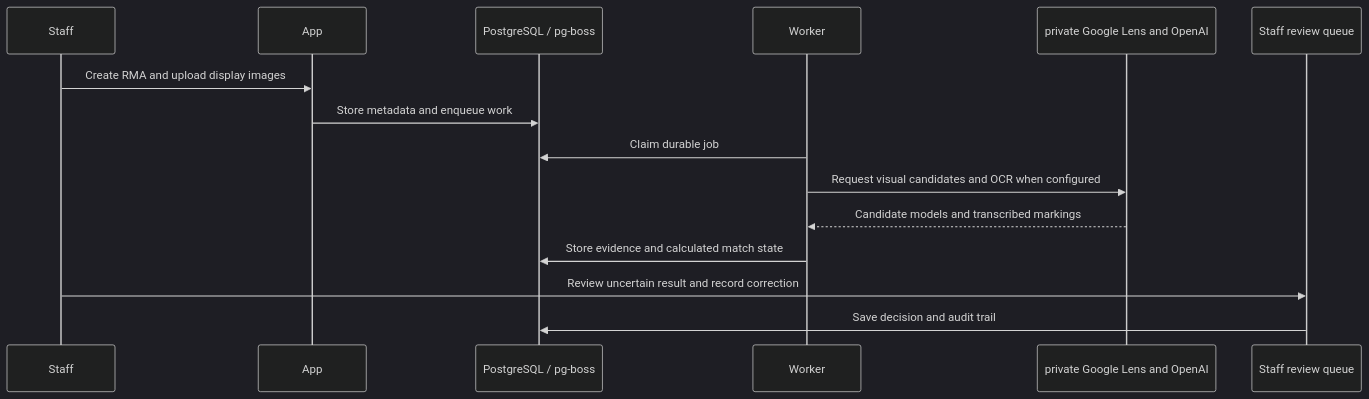
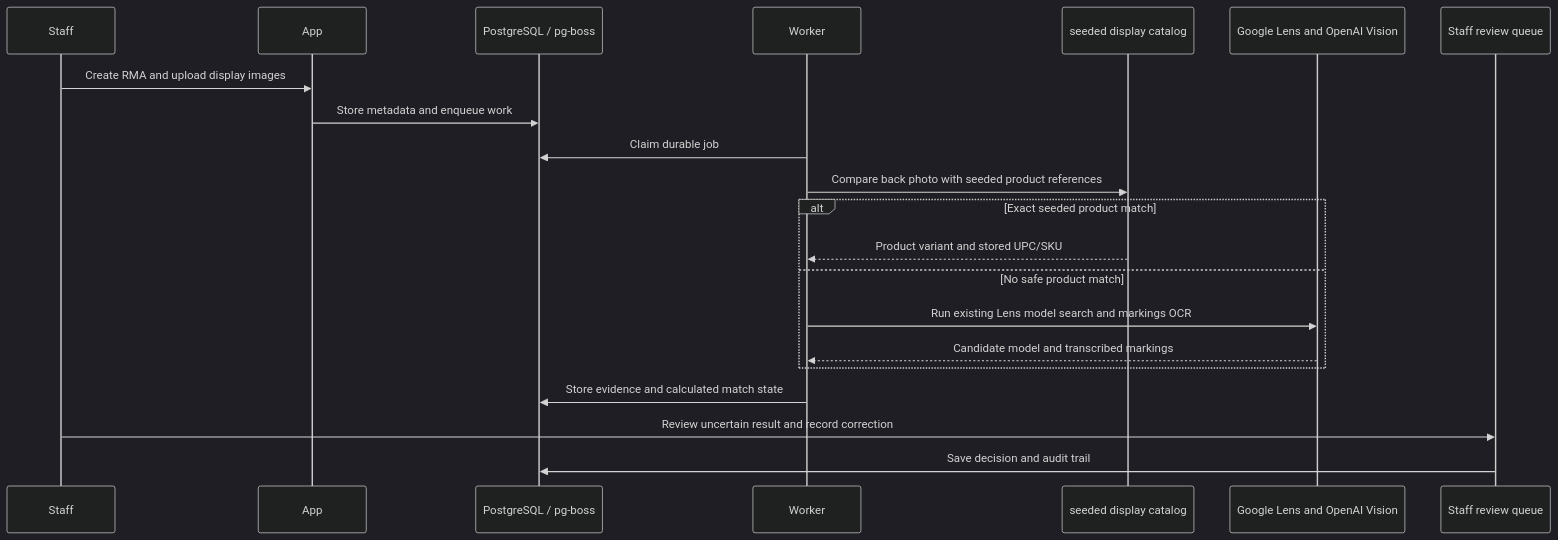
One commit to arslanbasharat-o-o/RMA-System changed the diagram in ARCHITECTURE.md. Above: the diagram before and after it, drawn with Mermaid (dark theme). The commit also changed other lines of this file and 26 other files, not shown here.

First line of the commit message:
integrate seeded display inventory catalog and bump to v0.4.9

````diff
--- a/ARCHITECTURE.md
+++ b/ARCHITECTURE.md
@@ -14,17 +14,23 @@
 ```mermaid
 sequenceDiagram
   participant Staff
   participant App
   participant DB as PostgreSQL / pg-boss
   participant Worker
-  participant Providers as private Google Lens and OpenAI
+  participant Inventory as seeded display catalog
+  participant Providers as Google Lens and OpenAI Vision
   participant Review as Staff review queue
   Staff->>App: Create RMA and upload display images
   App->>DB: Store metadata and enqueue work
   Worker->>DB: Claim durable job
-  Worker->>Providers: Request visual candidates and OCR when configured
-  Providers-->>Worker: Candidate models and transcribed markings
+  Worker->>Inventory: Compare back photo with seeded product references
+  alt Exact seeded product match
+    Inventory-->>Worker: Product variant and stored UPC/SKU
+  else No safe product match
+    Worker->>Providers: Run existing Lens model search and markings OCR
+    Providers-->>Worker: Candidate model and transcribed markings
+  end
   Worker->>DB: Store evidence and calculated match state
   Staff->>Review: Review uncertain result and record correction
   Review->>DB: Save decision and audit trail
 ```
````
